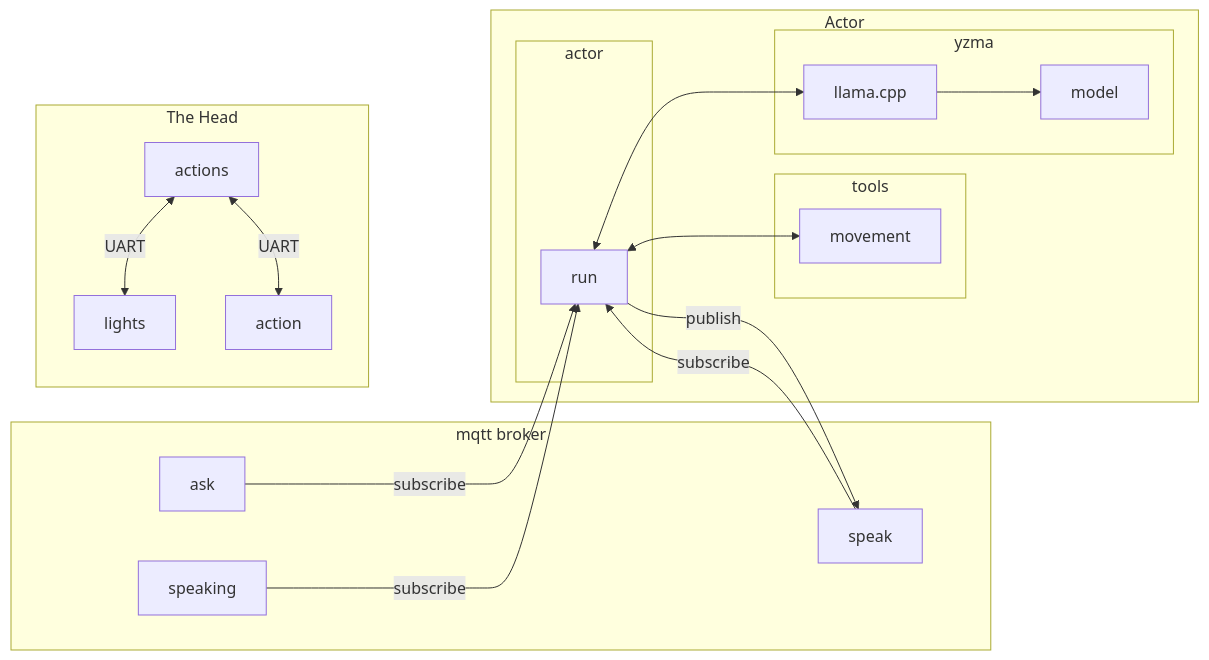
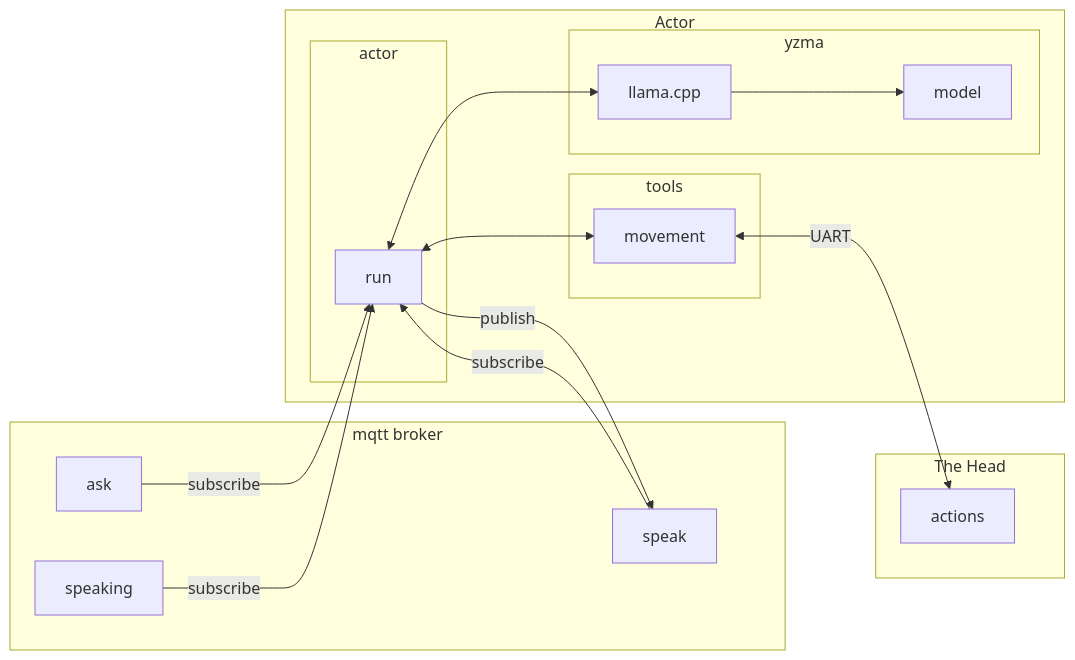
The second of 6 diagrams in README.md (deadprogram/talkingheads), drawn with Mermaid before and after one commit. The commit also changed other lines of this file, not shown here.

Commit message:
docs: minor improvements for README diagrams

````diff
--- a/README.md
+++ b/README.md
@@ -42,28 +42,27 @@
 ```mermaid
 flowchart LR
 subgraph mqtt broker
     ask
     speak
     speaking
 end
 subgraph Actor
     subgraph actor
         run
     end
     subgraph tools
         run<-->movement
     end
     subgraph yzma
         run<-->llama.cpp
         llama.cpp-->model
     end
     ask-- subscribe -->run
     run-- publish -->speak
     speak-- subscribe -->run
     speaking-- subscribe -->run
 end
 subgraph The Head
-    actions<-- UART -->lights
-    actions<-- UART -->action
+    movement<-- UART -->actions
 end
 ```
````
